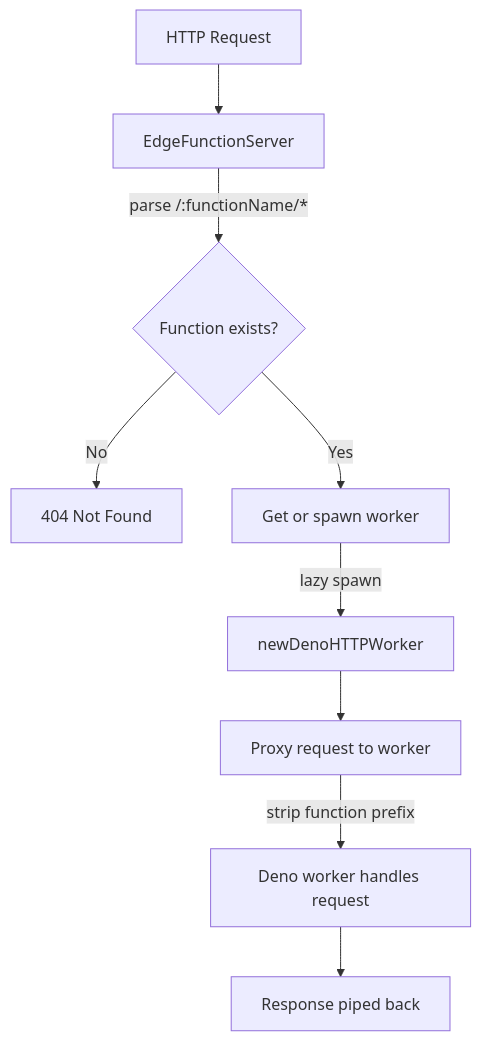
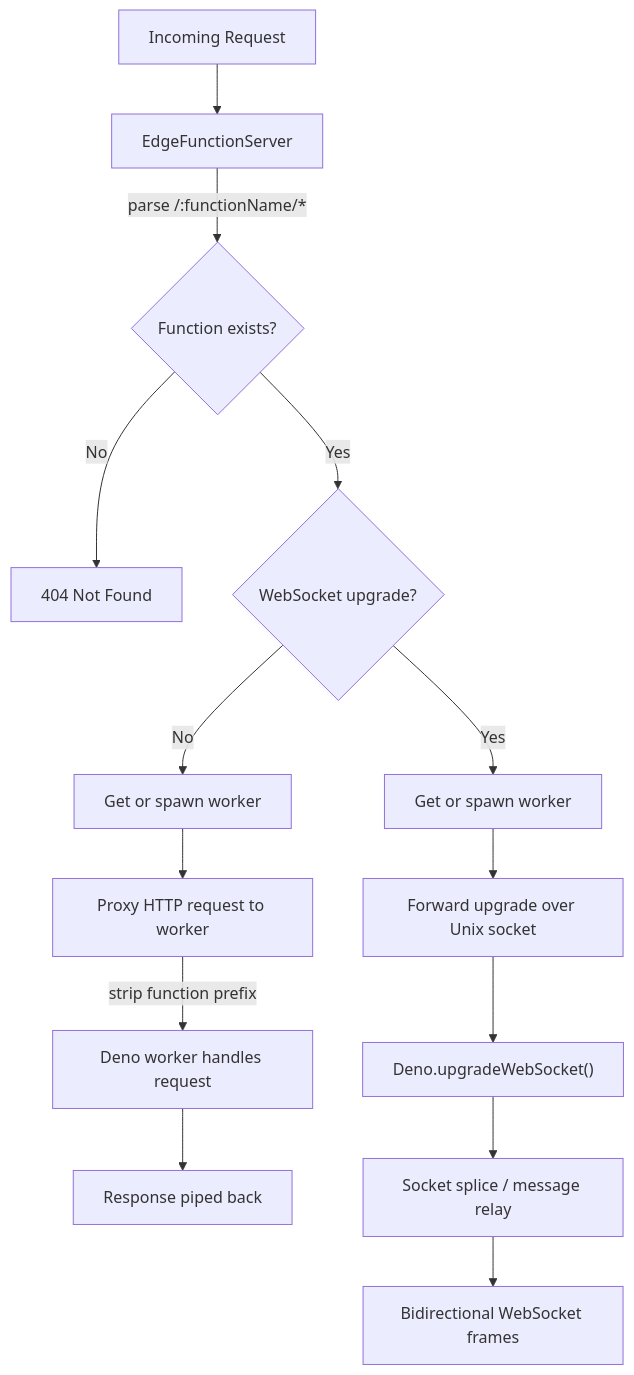
One commit to cobeo2004/edge changed the second of 4 diagrams in README.md. Above: the diagram before and after it, drawn with Mermaid. The commit also changed other lines of this file, not shown here.

Commit message:
docs: add WebSocket support section to README with diagrams and examples

````diff
--- a/README.md
+++ b/README.md
@@ -65,11 +72,16 @@
 ```mermaid
 flowchart TD
-    A[HTTP Request] --> B[EdgeFunctionServer]
+    A[Incoming Request] --> B[EdgeFunctionServer]
     B -->|"parse /:functionName/*"| C{Function exists?}
     C -->|No| D[404 Not Found]
-    C -->|Yes| E[Get or spawn worker]
-    E -->|lazy spawn| F[newDenoHTTPWorker]
-    F --> G[Proxy request to worker]
+    C -->|Yes| E{WebSocket upgrade?}
+    E -->|No| F[Get or spawn worker]
+    F --> G[Proxy HTTP request to worker]
     G -->|strip function prefix| H[Deno worker handles request]
     H --> I[Response piped back]
+    E -->|Yes| J[Get or spawn worker]
+    J --> K[Forward upgrade over Unix socket]
+    K --> L["Deno.upgradeWebSocket()"]
+    L --> M[Socket splice / message relay]
+    M --> N[Bidirectional WebSocket frames]
 ```
````
